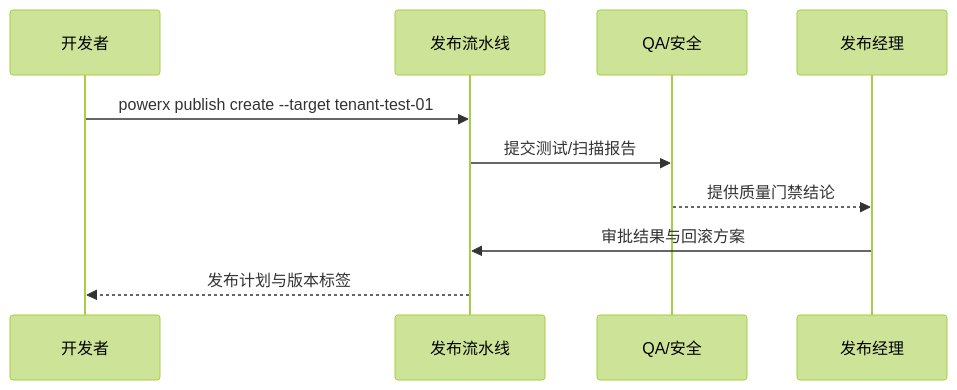
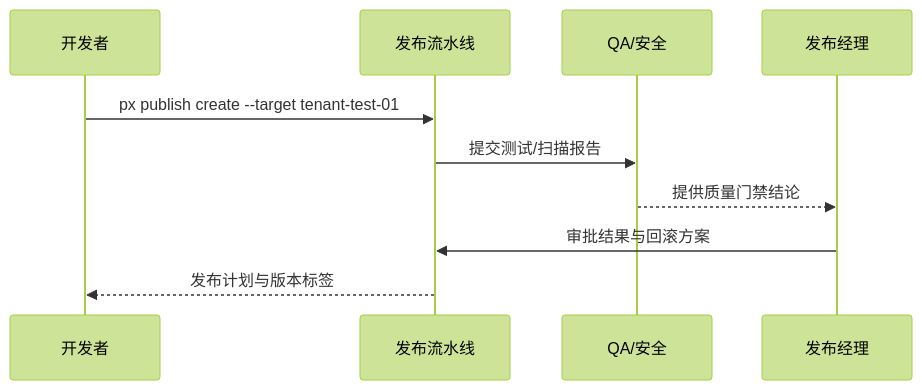
Before and after one commit to ArtisanCloud/PowerX: the diagram in docs/use_cases/_from_hub/SCN-DEV-PLUGIN-PUBLISH-001/UC-DEV-PLUGIN-RELEASE-APPROVAL-001.md, drawn with Mermaid (forest theme). The commit also changed other lines of this file and 64 other files, not shown here.

````diff
--- a/docs/use_cases/_from_hub/SCN-DEV-PLUGIN-PUBLISH-001/UC-DEV-PLUGIN-RELEASE-APPROVAL-001.md
+++ b/docs/use_cases/_from_hub/SCN-DEV-PLUGIN-PUBLISH-001/UC-DEV-PLUGIN-RELEASE-APPROVAL-001.md
@@ -84,13 +84,13 @@
 ```mermaid
 sequenceDiagram
   participant Dev as 开发者
   participant Pipeline as 发布流水线
   participant QA as QA/安全
   participant Ops as 发布经理
 
-  Dev->>Pipeline: powerx publish create --target tenant-test-01
+  Dev->>Pipeline: px publish create --target tenant-test-01
   Pipeline->>QA: 提交测试/扫描报告
   QA-->>Ops: 提供质量门禁结论
   Ops->>Pipeline: 审批结果与回滚方案
   Pipeline-->>Dev: 发布计划与版本标签
 ```
````
